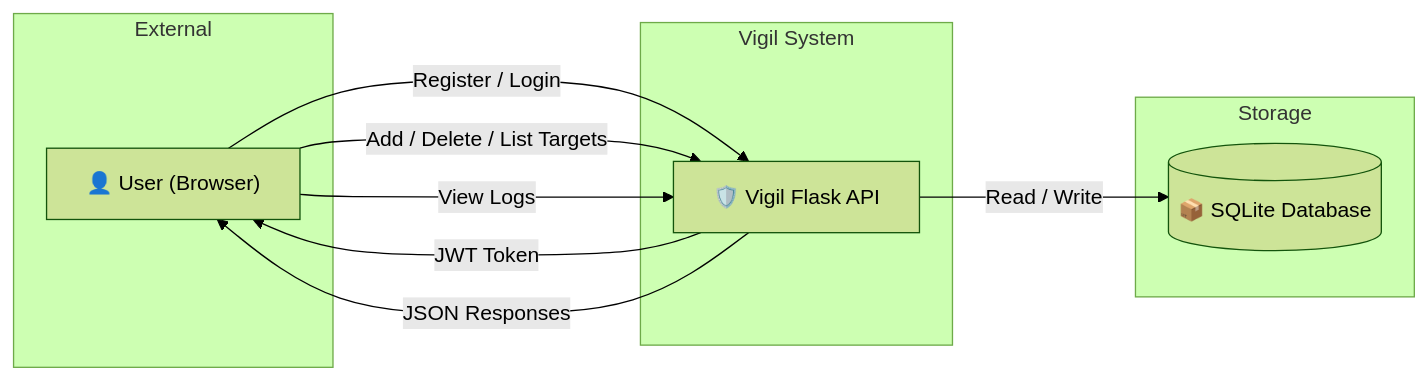
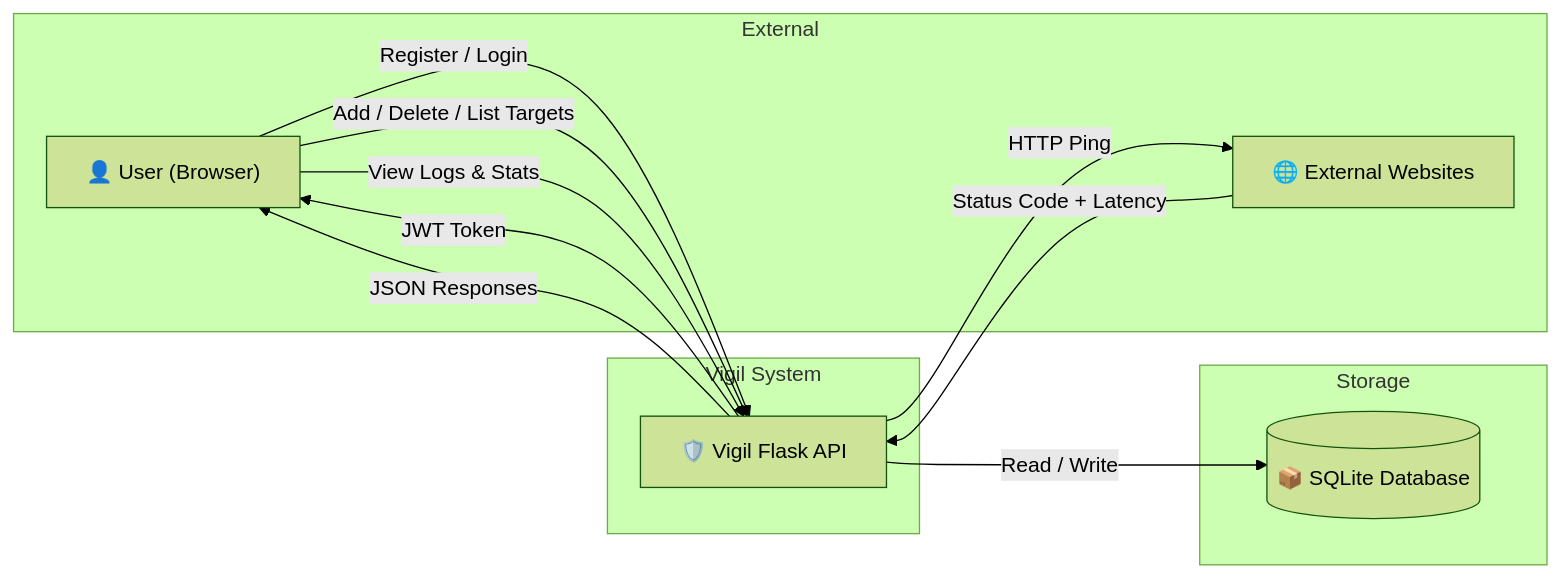
Before and after one commit to Abdelrahman744/Vigil-v2-flask: the second of 4 diagrams in README.md, drawn with Mermaid (forest theme). The commit also changed other lines of this file and 6 other files, not shown here.

Commit message:
docs: complete README with updated ERD, DFD, API docs, frontend pages, and project structure

````diff
--- a/README.md
+++ b/README.md
@@ -113,21 +135,24 @@
 ```mermaid
 graph LR
     subgraph External
         U["👤 User (Browser)"]
+        W["🌐 External Websites"]
     end
 
     subgraph "Vigil System"
         API["🛡️ Vigil Flask API"]
     end
 
     subgraph Storage
         DB[("📦 SQLite Database")]
     end
 
     U -- "Register / Login" --> API
     U -- "Add / Delete / List Targets" --> API
-    U -- "View Logs" --> API
+    U -- "View Logs & Stats" --> API
     API -- "JWT Token" --> U
     API -- "JSON Responses" --> U
+    API -- "HTTP Ping" --> W
+    W -- "Status Code + Latency" --> API
     API -- "Read / Write" --> DB
 ```
````
